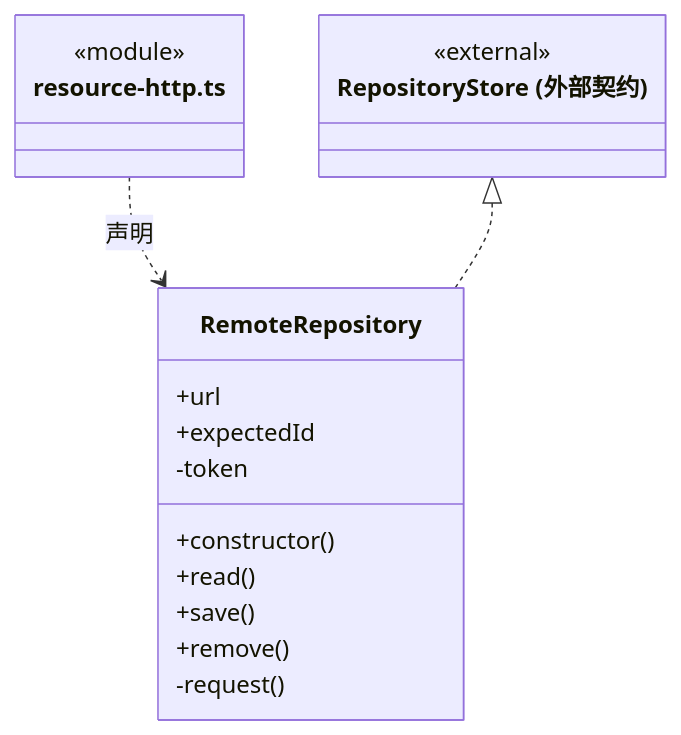
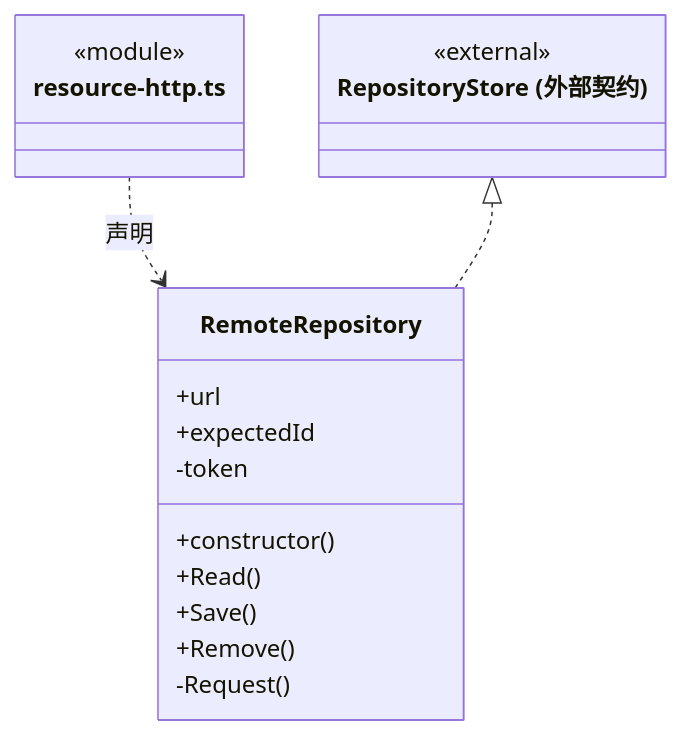
Before and after one commit to nan023062/cbim: the third of 8 diagrams in src/logic/resources/service/ARCHITECTURE.md, drawn with Mermaid. The commit also changed other lines of this file and 1035 other files, not shown here.

````diff
--- a/src/logic/resources/service/ARCHITECTURE.md
+++ b/src/logic/resources/service/ARCHITECTURE.md
@@ -45,21 +45,21 @@
 ```mermaid
 classDiagram
 class N_src_logic_resources_service_resource_http_ts["resource-http.ts"] {
   <<module>>
 }
 class N_src_logic_resources_service_resource_http_ts_RemoteRepository["RemoteRepository"] {
   +url
   +expectedId
   +constructor()
-  +read()
-  +save()
-  +remove()
+  +Read()
+  +Save()
+  +Remove()
   -token
-  -request()
+  -Request()
 }
 N_src_logic_resources_service_resource_http_ts ..> N_src_logic_resources_service_resource_http_ts_RemoteRepository : 声明
 class N_src_logic_resources_service_resource_http_ts_external_RepositoryStore["RepositoryStore (外部契约)"] {
   <<external>>
 }
 N_src_logic_resources_service_resource_http_ts_external_RepositoryStore <|.. N_src_logic_resources_service_resource_http_ts_RemoteRepository
 ```
````
